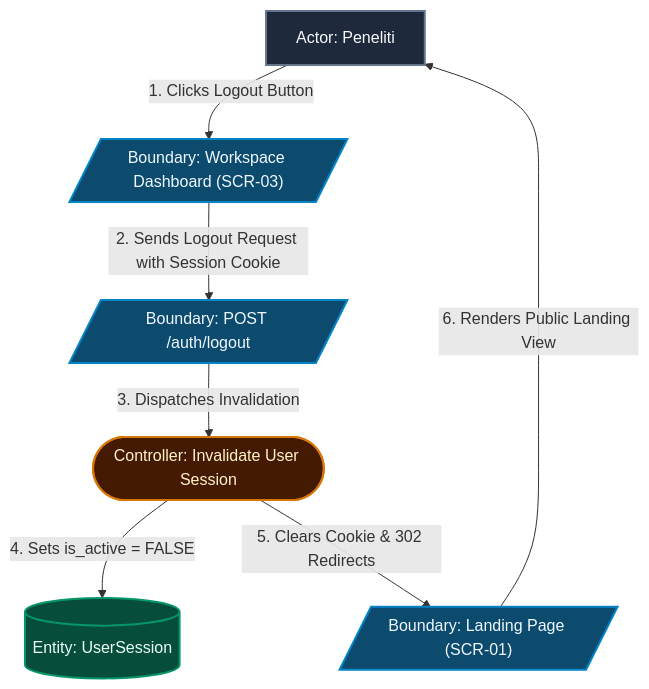
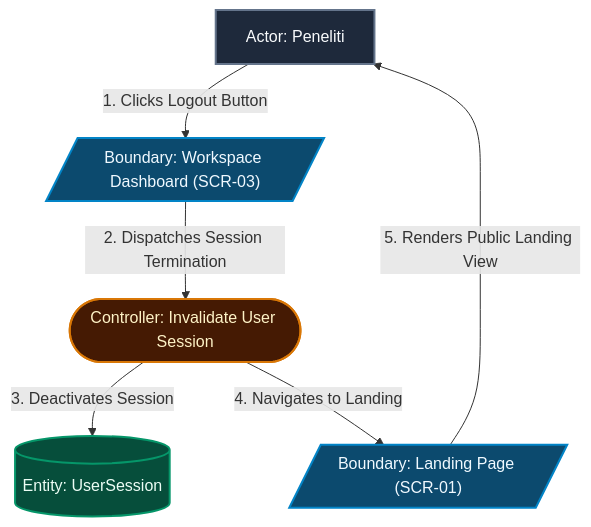
Before and after one commit to Gzaa19/Telaah: the fourth of 10 diagrams in specs/001-google-oauth-login/plan.md, drawn with Mermaid. The commit also changed other lines of this file and 17 other files, not shown here.

````diff
--- a/specs/001-google-oauth-login/plan.md
+++ b/specs/001-google-oauth-login/plan.md
@@ -126,23 +169,21 @@
 ```mermaid
 flowchart TD
     classDef actor fill:#1e293b,stroke:#64748b,stroke-width:2px,color:#f8fafc
     classDef boundary fill:#0c4a6e,stroke:#0284c7,stroke-width:2px,color:#f0f9ff
     classDef controller fill:#451a03,stroke:#d97706,stroke-width:2px,color:#fef3c7
     classDef entity fill:#064e3b,stroke:#059669,stroke-width:2px,color:#ecfdf5
 
     Actor_Peneliti["Actor: Peneliti"]:::actor
 
     B_Dashboard[/"Boundary: Workspace Dashboard (SCR-03)"/]:::boundary
-    B_LogoutAPI[/"Boundary: POST /auth/logout"/]:::boundary
     B_Landing[/"Boundary: Landing Page (SCR-01)"/]:::boundary
 
     C_InvalidateSession(["Controller: Invalidate User Session"]):::controller
     E_Session[("Entity: UserSession")]:::entity
 
     Actor_Peneliti -->|"1. Clicks Logout Button"| B_Dashboard
-    B_Dashboard -->|"2. Sends Logout Request with Session Cookie"| B_LogoutAPI
-    B_LogoutAPI -->|"3. Dispatches Invalidation"| C_InvalidateSession
-    C_InvalidateSession -->|"4. Sets is_active = FALSE"| E_Session
-    C_InvalidateSession -->|"5. Clears Cookie & 302 Redirects"| B_Landing
-    B_Landing -->|"6. Renders Public Landing View"| Actor_Peneliti
+    B_Dashboard -->|"2. Dispatches Session Termination"| C_InvalidateSession
+    C_InvalidateSession -->|"3. Deactivates Session"| E_Session
+    C_InvalidateSession -->|"4. Navigates to Landing"| B_Landing
+    B_Landing -->|"5. Renders Public Landing View"| Actor_Peneliti
 ```
````
